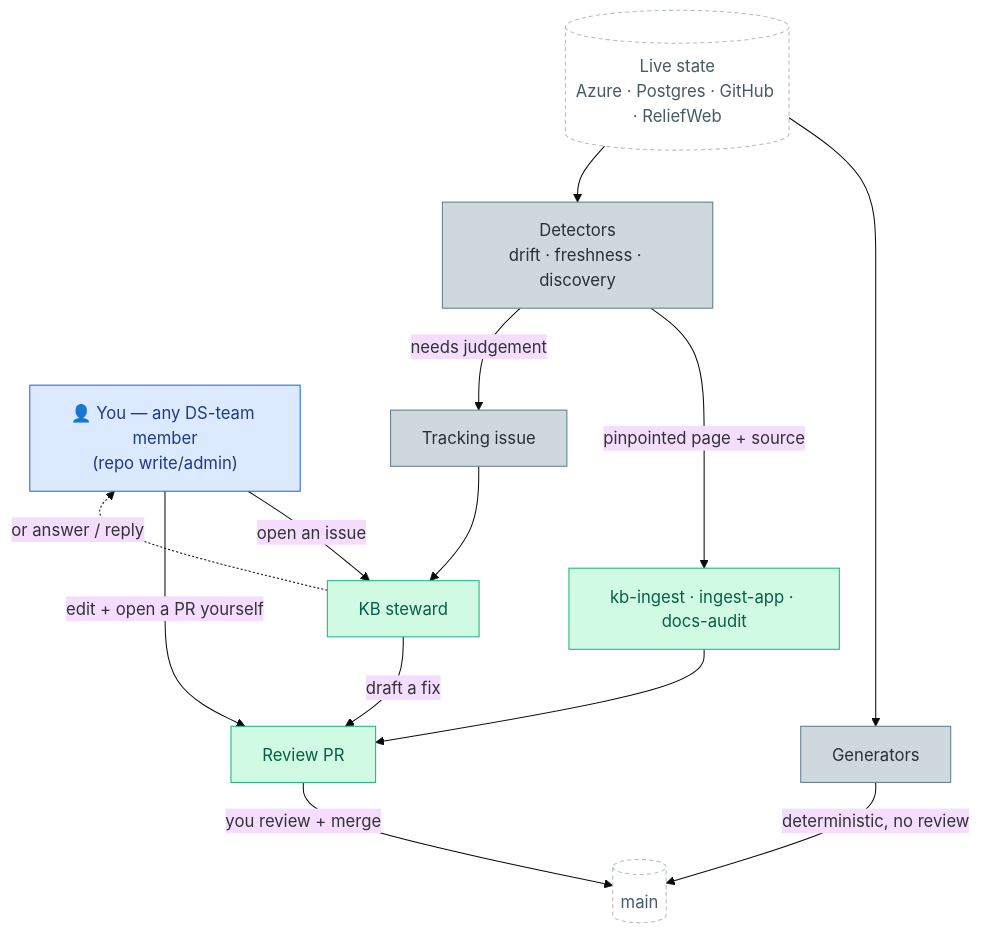
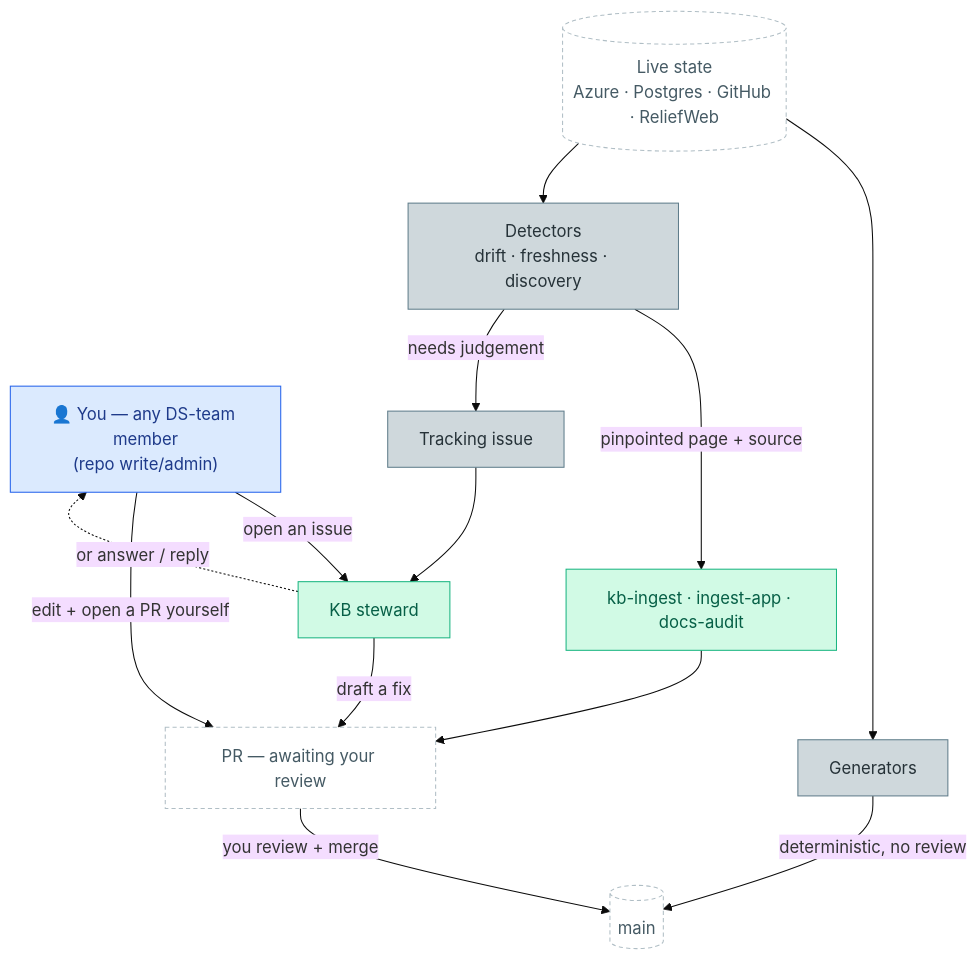
Before and after one commit to OCHA-DAP/ds-knowledge-base: the diagram in infrastructure/automation.md, drawn with Mermaid (base theme). The commit also changed other lines of this file, not shown here.

First line of the commit message:
docs(automation): PR node is a shared artifact (white), not the steward — you review it

````diff
--- a/infrastructure/automation.md
+++ b/infrastructure/automation.md
@@ -18,29 +19,29 @@
 ```mermaid
 flowchart TD
   H["👤 You — any DS-team member<br/>(repo write/admin)"]:::human
   Src[("Live state<br/>Azure · Postgres · GitHub · ReliefWeb")]:::data
 
   Gen["Generators"]:::mech
   Det["Detectors<br/>drift · freshness · discovery"]:::mech
   Iss["Tracking issue"]:::mech
 
   Stew["KB steward"]:::stew
   Ing["kb-ingest · ingest-app · docs-audit"]:::stew
-  PR["Review PR"]:::stew
+  PR["PR — awaiting your review"]:::data
   Main[("main")]:::data
 
   H -->|"open an issue"| Stew
   H -->|"edit + open a PR yourself"| PR
   Src --> Gen -->|"deterministic, no review"| Main
   Src --> Det
   Det -->|"pinpointed page + source"| Ing --> PR
   Det -->|"needs judgement"| Iss --> Stew
   Stew -->|"draft a fix"| PR
   Stew -.->|"or answer / reply"| H
   PR -->|"you review + merge"| Main
 
   classDef human fill:#dbeafe,stroke:#2563eb,color:#1e3a8a
   classDef stew  fill:#d1fae5,stroke:#1BB581,color:#065f46
   classDef mech  fill:#cfd8dc,stroke:#607d8b,color:#263238
   classDef data  fill:#ffffff,stroke:#b0bec5,color:#455a64,stroke-dasharray:4 3
 ```
````
